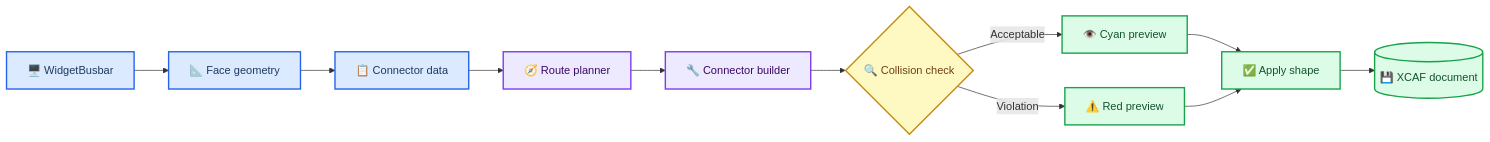
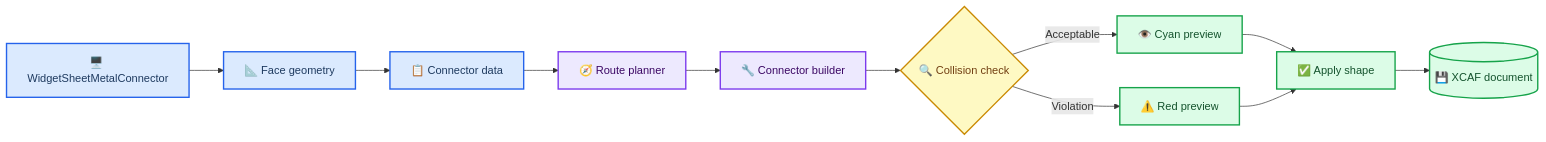
One commit to bezierC0/Qt_OCC changed the first of 2 diagrams in doc/sheet_metal_connector_implementation.md. Above: the diagram before and after it, drawn with Mermaid. The commit also changed other lines of this file and 25 other files, not shown here.

Commit message:
feat : sheet metal

````diff
--- a/doc/sheet_metal_connector_implementation.md
+++ b/doc/sheet_metal_connector_implementation.md
@@ -15,26 +15,26 @@
 ```mermaid
 flowchart LR
     accTitle: Sheet Metal Connector Architecture
     accDescr: Main data flow from interactive face selection through route planning, solid generation, collision validation, preview, and XCAF insertion
 
-    ui[🖥️ WidgetBusbar] --> face_geometry[📐 Face geometry]
+    ui[🖥️ WidgetSheetMetalConnector] --> face_geometry[📐 Face geometry]
     face_geometry --> model[📋 Connector data]
     model --> route_planner[🧭 Route planner]
     route_planner --> builder[🔧 Connector builder]
     builder --> collision_checker{🔍 Collision check}
     collision_checker -->|Acceptable| preview[👁️ Cyan preview]
     collision_checker -->|Violation| warning[⚠️ Red preview]
     preview --> apply[✅ Apply shape]
     warning --> apply
     apply --> xcaf[(💾 XCAF document)]
 
     classDef input fill:#dbeafe,stroke:#2563eb,stroke-width:2px,color:#1e3a5f
     classDef geometry fill:#ede9fe,stroke:#7c3aed,stroke-width:2px,color:#3b0764
     classDef decision fill:#fef9c3,stroke:#ca8a04,stroke-width:2px,color:#713f12
     classDef output fill:#dcfce7,stroke:#16a34a,stroke-width:2px,color:#14532d
 
     class ui,face_geometry,model input
     class route_planner,builder geometry
     class collision_checker decision
     class preview,warning,apply,xcaf output
 ```
````
